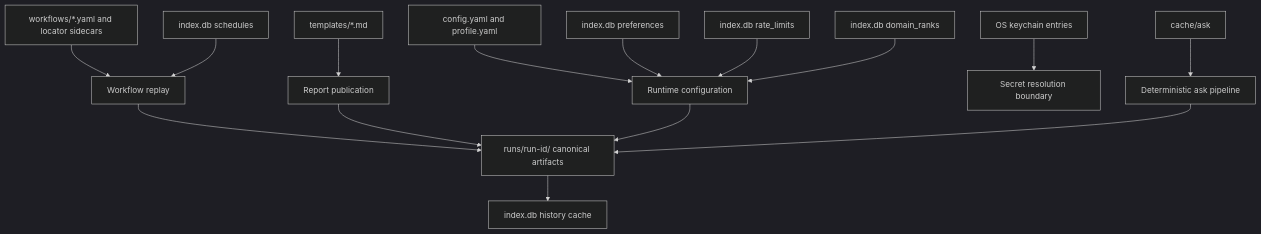
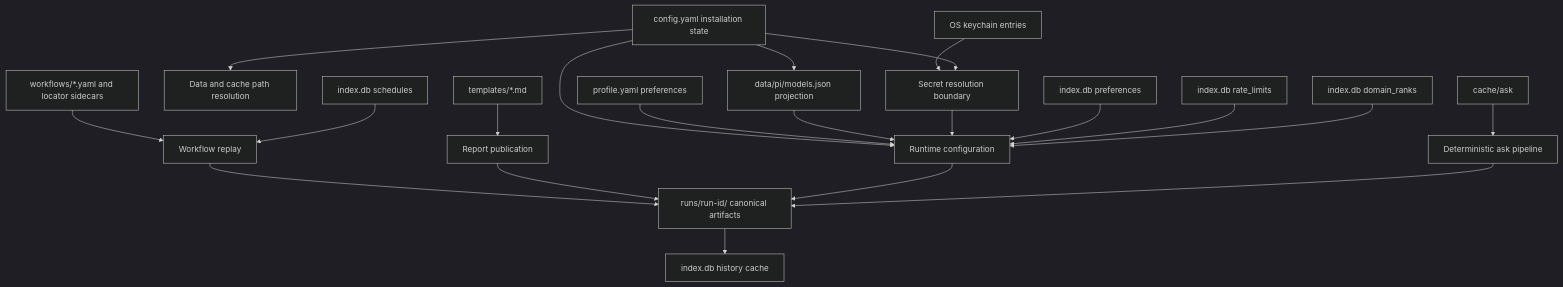
Before and after one commit to abranjith/yantra: diagram 14 of 14 in docs/architecture.md, drawn with Mermaid (dark theme). The commit also changed other lines of this file and 91 other files, not shown here.

````diff
--- a/docs/architecture.md
+++ b/docs/architecture.md
@@ -849,17 +966,23 @@
 ```mermaid
 flowchart TD
-  Config[config.yaml and profile.yaml] --> Runtime[Runtime configuration]
+  Config[config.yaml installation state] --> Runtime[Runtime configuration]
+  Profile[profile.yaml preferences] --> Runtime
+  Config --> Paths[Data and cache path resolution]
+  Config --> Projection[data/pi/models.json projection]
+  Projection --> Runtime
   Workflow[workflows/*.yaml and locator sidecars] --> Replay[Workflow replay]
   Template[templates/*.md] --> Publication[Report publication]
   Keychain[OS keychain entries] --> Boundary[Secret resolution boundary]
+  Config --> Boundary
+  Boundary --> Runtime
   Replay --> RunDir[runs/run-id/ canonical artifacts]
   Publication --> RunDir
   Runtime --> RunDir
   RunDir --> History[index.db history cache]
   Schedule[index.db schedules] --> Replay
   Preferences[index.db preferences] --> Runtime
   Rate[index.db rate_limits] --> Runtime
   Rank[index.db domain_ranks] --> Runtime
   Cache[cache/ask] --> Deterministic[Deterministic ask pipeline]
   Deterministic --> RunDir
 ```
````
